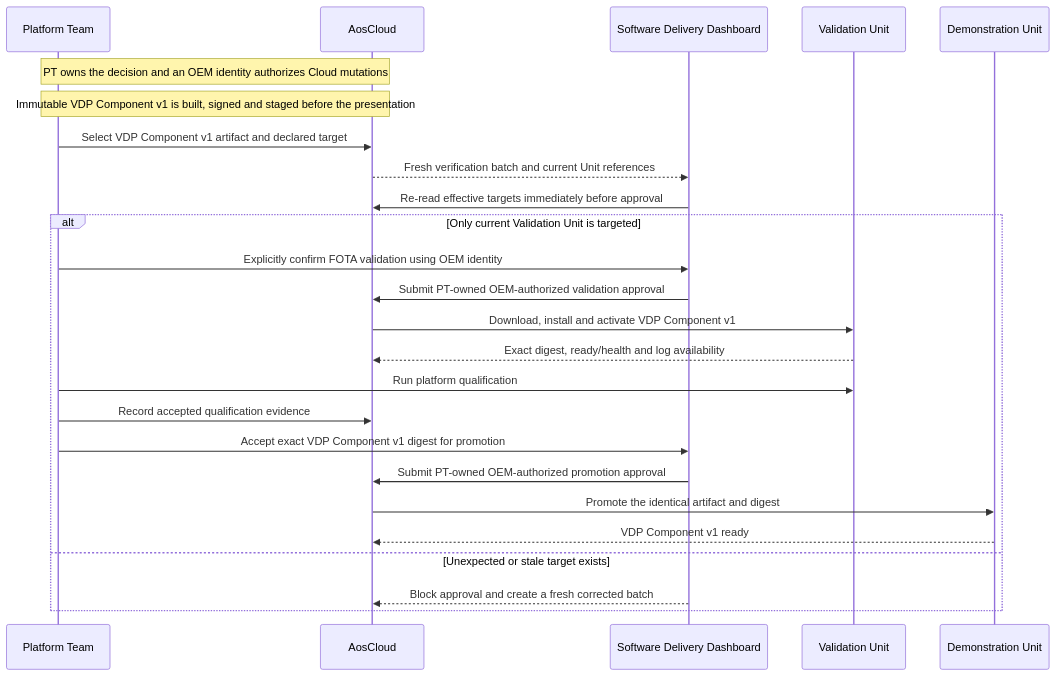
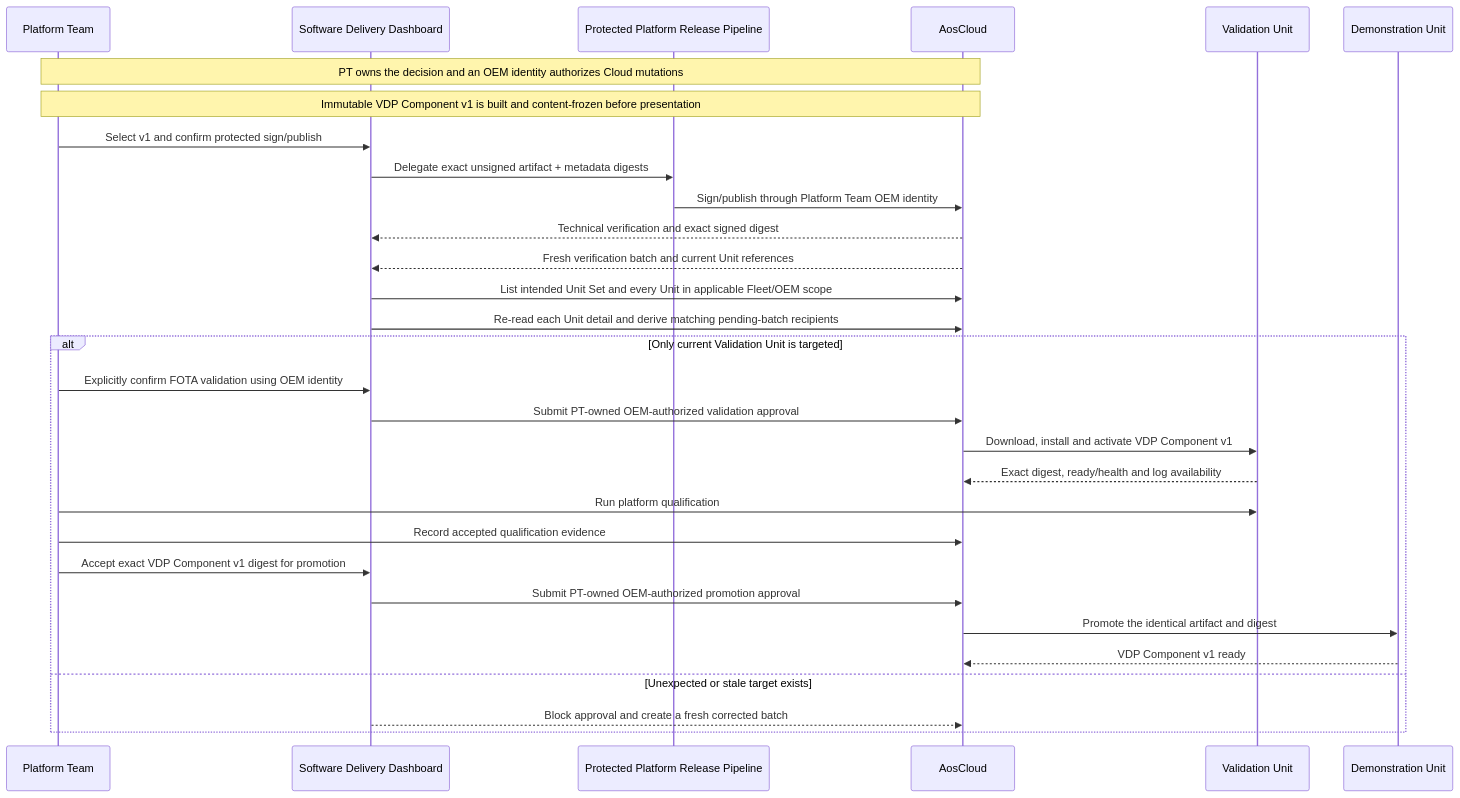
The seventh of 21 diagrams in docs/architecture/demo-scenario-architecture-flows.md (alexmaninblack/aosedge-sdv-demo), drawn with Mermaid before and after one commit. The commit also changed other lines of this file and 72 other files, not shown here.

Commit message:
docs: checkpoint demo architecture and requirements baseline

````diff
--- a/docs/architecture/demo-scenario-architecture-flows.md
+++ b/docs/architecture/demo-scenario-architecture-flows.md
@@ -460,28 +473,33 @@
 ```mermaid
 sequenceDiagram
     participant PT as Platform Team
+    participant SD as Software Delivery Dashboard
+    participant PP as Protected Platform Release Pipeline
     participant AC as AosCloud
-    participant SD as Software Delivery Dashboard
     participant VU as Validation Unit
     participant DU as Demonstration Unit
 
     Note over PT,AC: PT owns the decision and an OEM identity authorizes Cloud mutations
-    Note over PT,AC: Immutable VDP Component v1 is built, signed and staged before the presentation
-    PT->>AC: Select VDP Component v1 artifact and declared target
+    Note over PT,AC: Immutable VDP Component v1 is built and content-frozen before presentation
+    PT->>SD: Select v1 and confirm protected sign/publish
+    SD->>PP: Delegate exact unsigned artifact + metadata digests
+    PP->>AC: Sign/publish through Platform Team OEM identity
+    AC-->>SD: Technical verification and exact signed digest
     AC-->>SD: Fresh verification batch and current Unit references
-    SD->>AC: Re-read effective targets immediately before approval
+    SD->>AC: List intended Unit Set and every Unit in applicable Fleet/OEM scope
+    SD->>AC: Re-read each Unit detail and derive matching pending-batch recipients
     alt Only current Validation Unit is targeted
         PT->>SD: Explicitly confirm FOTA validation using OEM identity
         SD->>AC: Submit PT-owned OEM-authorized validation approval
         AC->>VU: Download, install and activate VDP Component v1
         VU-->>AC: Exact digest, ready/health and log availability
         PT->>VU: Run platform qualification
         PT->>AC: Record accepted qualification evidence
         PT->>SD: Accept exact VDP Component v1 digest for promotion
         SD->>AC: Submit PT-owned OEM-authorized promotion approval
         AC->>DU: Promote the identical artifact and digest
         DU-->>AC: VDP Component v1 ready
     else Unexpected or stale target exists
         SD-->>AC: Block approval and create a fresh corrected batch
     end
 ```
````
